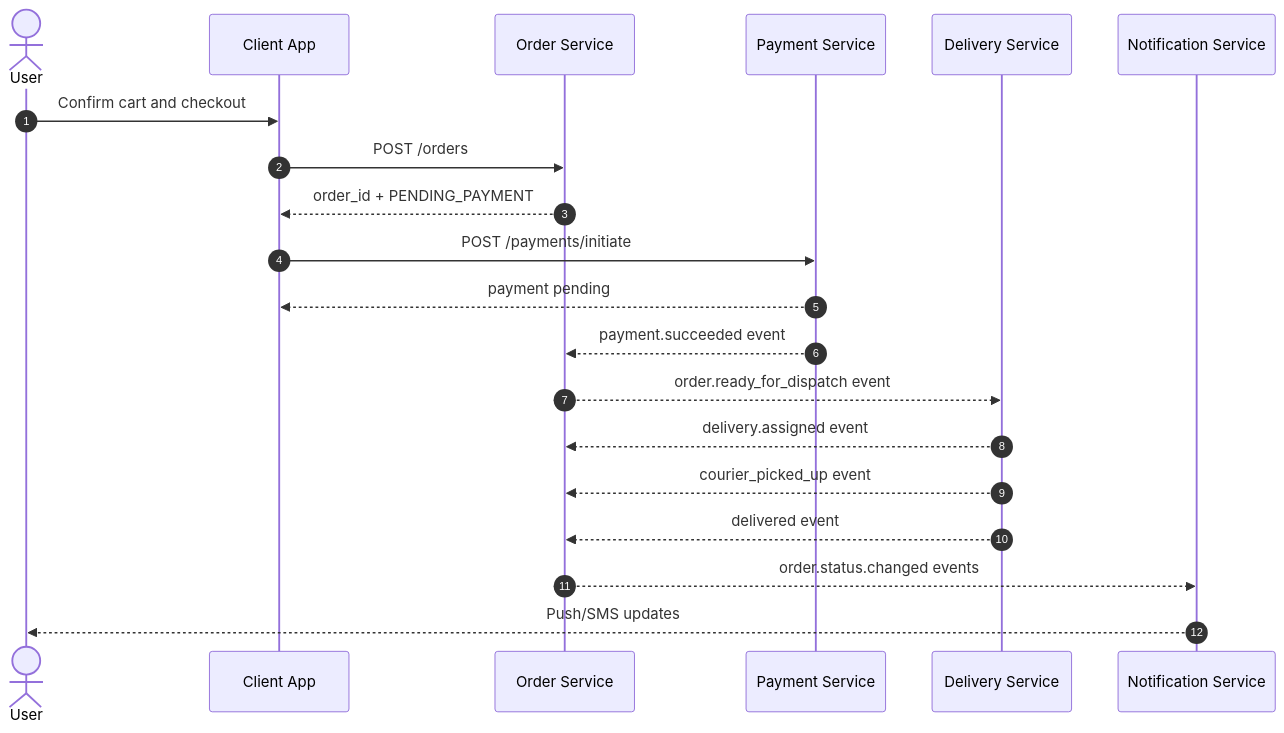
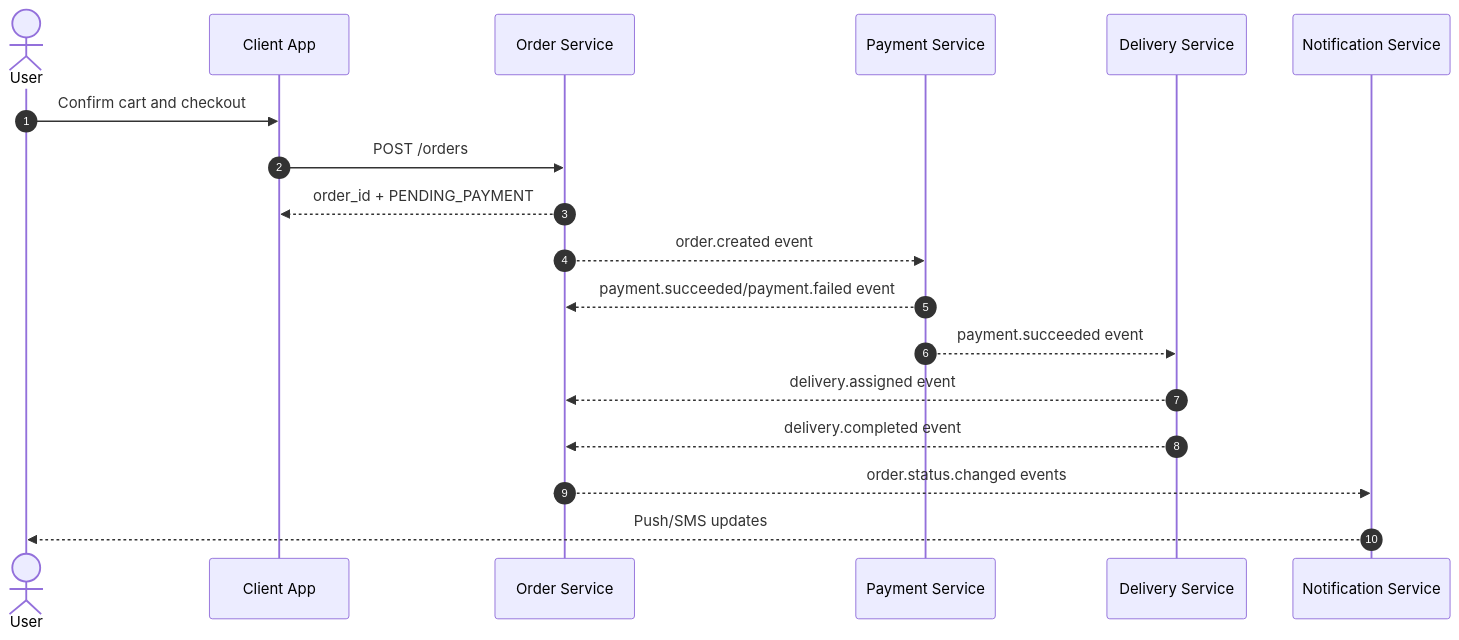
The first of 3 diagrams in docs/01-architecture/data-flow.md (nkosea07/zim-bite), drawn with Mermaid before and after one commit. The commit also changed 123 other files, not shown here.

First line of the commit message:
feat: close architecture TODOs across backend, frontend, and CI

````diff
--- a/docs/01-architecture/data-flow.md
+++ b/docs/01-architecture/data-flow.md
@@ -5,23 +5,21 @@
 ```mermaid
 sequenceDiagram
   autonumber
   actor U as User
   participant App as Client App
   participant O as Order Service
   participant P as Payment Service
   participant D as Delivery Service
   participant N as Notification Service
 
   U->>App: Confirm cart and checkout
   App->>O: POST /orders
   O-->>App: order_id + PENDING_PAYMENT
-  App->>P: POST /payments/initiate
-  P-->>App: payment pending
-  P-->>O: payment.succeeded event
-  O-->>D: order.ready_for_dispatch event
+  O-->>P: order.created event
+  P-->>O: payment.succeeded/payment.failed event
+  P-->>D: payment.succeeded event
   D-->>O: delivery.assigned event
-  D-->>O: courier_picked_up event
-  D-->>O: delivered event
+  D-->>O: delivery.completed event
   O-->>N: order.status.changed events
   N-->>U: Push/SMS updates
 ```
````
